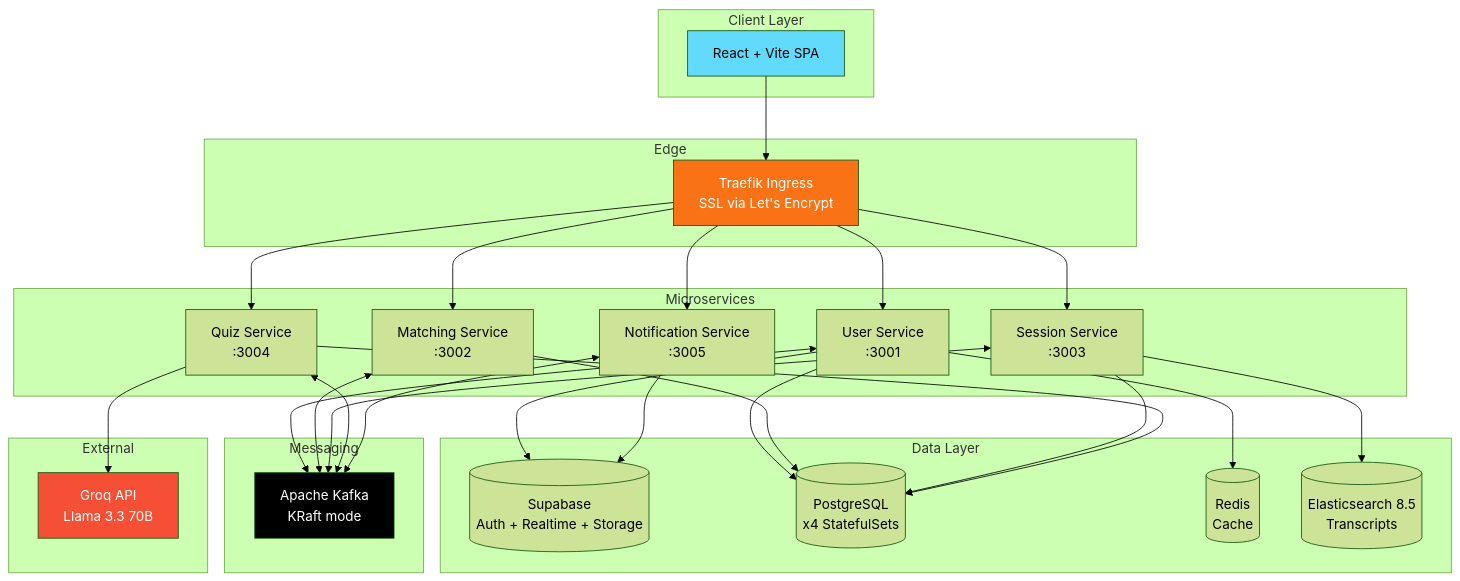
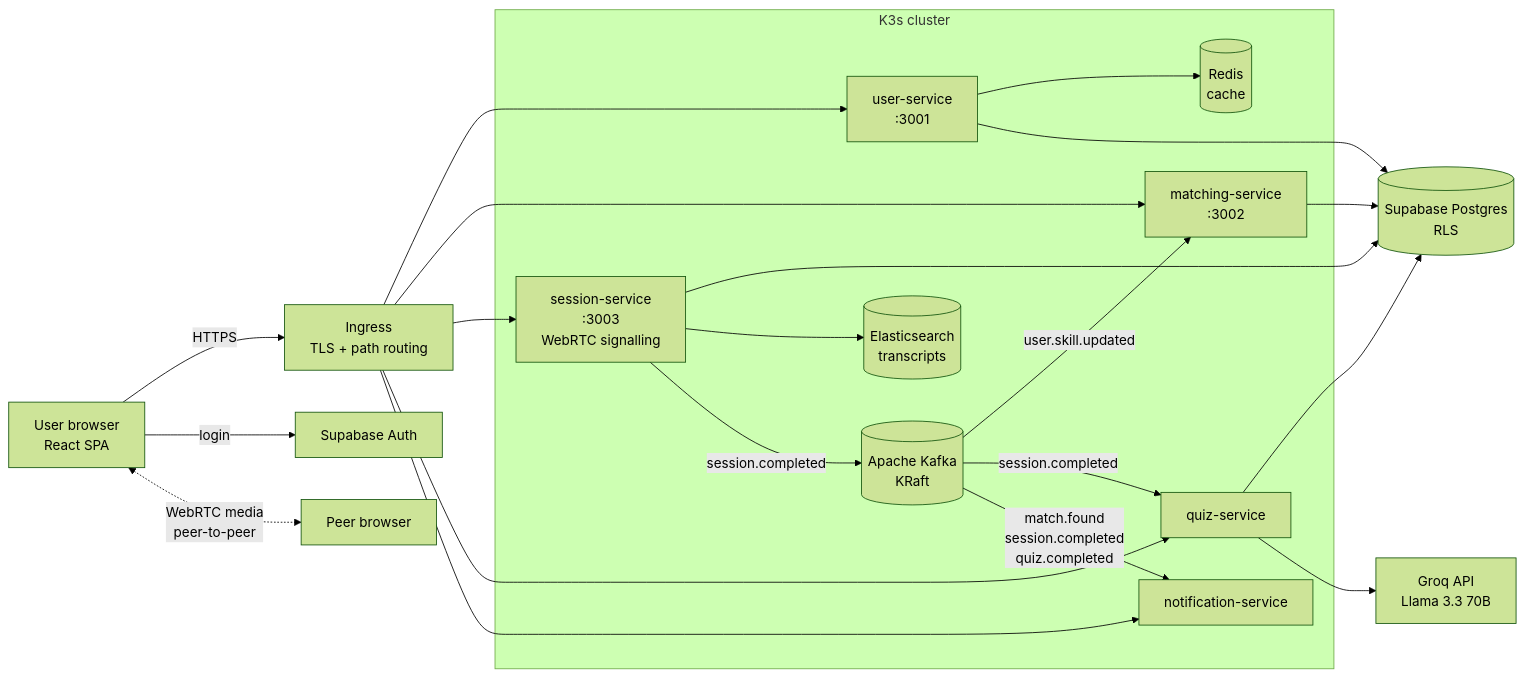
One commit to Asongwelewis/Skill-Bridge changed the first of 3 diagrams in Readme.md. Above: the diagram before and after it, drawn with Mermaid (forest theme). The commit also changed other lines of this file, not shown here.

````diff
--- a/Readme.md
+++ b/Readme.md
@@ -130,51 +75,34 @@
 ```mermaid
-graph TB
-    subgraph "Client Layer"
-        FE[React + Vite SPA]
+flowchart LR
+    U[User browser<br/>React SPA]
+    PEER[Peer browser]
+    ING[Ingress<br/>TLS + path routing]
+    AUTH[Supabase Auth]
+
+    subgraph K3s cluster
+        USER[user-service<br/>:3001]
+        MATCH[matching-service<br/>:3002]
+        SESS[session-service<br/>:3003<br/>WebRTC signalling]
+        QUIZ[quiz-service]
+        NOTIF[notification-service]
+        KAFKA[(Apache Kafka<br/>KRaft)]
+        REDIS[(Redis<br/>cache)]
+        ES[(Elasticsearch<br/>transcripts)]
     end
 
-    subgraph "Edge"
-        TF[Traefik Ingress<br/>SSL via Let's Encrypt]
-    end
+    PG[(Supabase Postgres<br/>RLS)]
+    GROQ[Groq API<br/>Llama 3.3 70B]
 
-    subgraph "Microservices"
-        US[User Service<br/>:3001]
-        MS[Matching Service<br/>:3002]
-        SS[Session Service<br/>:3003]
-        QS[Quiz Service<br/>:3004]
-        NS[Notification Service<br/>:3005]
-    end
-
-    subgraph "Messaging"
-        K[Apache Kafka<br/>KRaft mode]
-    end
-
-    subgraph "Data Layer"
-        SB[(Supabase<br/>Auth + Realtime + Storage)]
-        PG1[(PostgreSQL<br/>x4 StatefulSets)]
-        RD[(Redis<br/>Cache)]
-        ES[(Elasticsearch 8.5<br/>Transcripts)]
-    end
-
-    subgraph "External"
-        GROQ[Groq API<br/>Llama 3.3 70B]
-    end
-
-    FE --> TF
-    TF --> US & MS & SS & QS & NS
-    US <--> K
-    MS <--> K
-    SS <--> K
-    QS <--> K
-    NS <--> K
-    US --> SB & PG1 & RD
-    MS --> PG1
-    SS --> PG1 & ES
-    QS --> PG1 & GROQ
-    NS --> SB
-
-    style FE fill:#61dafb,color:#000
-    style TF fill:#f97316,color:#fff
-    style K fill:#000,color:#fff
-    style GROQ fill:#F55036,color:#fff
+    U -->|HTTPS| ING
+    U -->|login| AUTH
+    U <-.->|WebRTC media<br/>peer-to-peer| PEER
+    ING --> USER & MATCH & SESS & QUIZ & NOTIF
+    USER --> REDIS
+    USER & MATCH & SESS & QUIZ --> PG
+    SESS --> ES
+    SESS -->|session.completed| KAFKA
+    KAFKA -->|user.skill.updated| MATCH
+    KAFKA -->|session.completed| QUIZ
+    KAFKA -->|match.found<br/>session.completed<br/>quiz.completed| NOTIF
+    QUIZ --> GROQ
 ```
````
